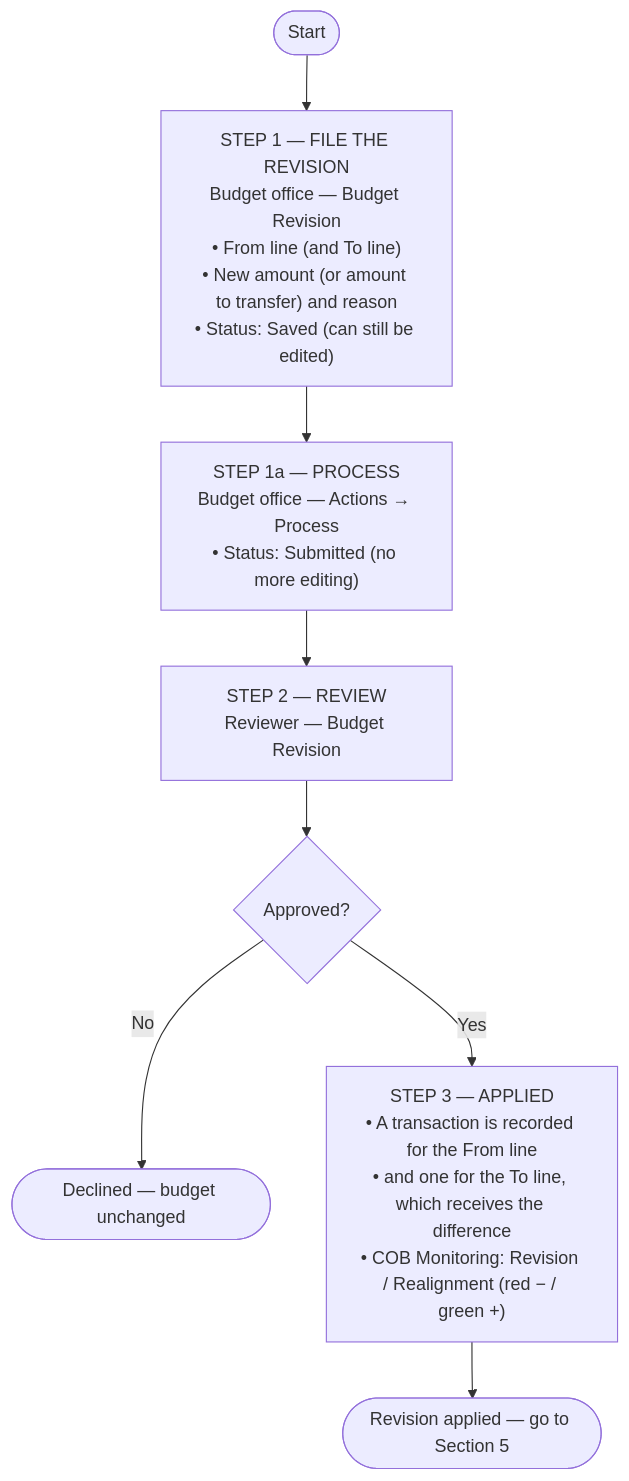
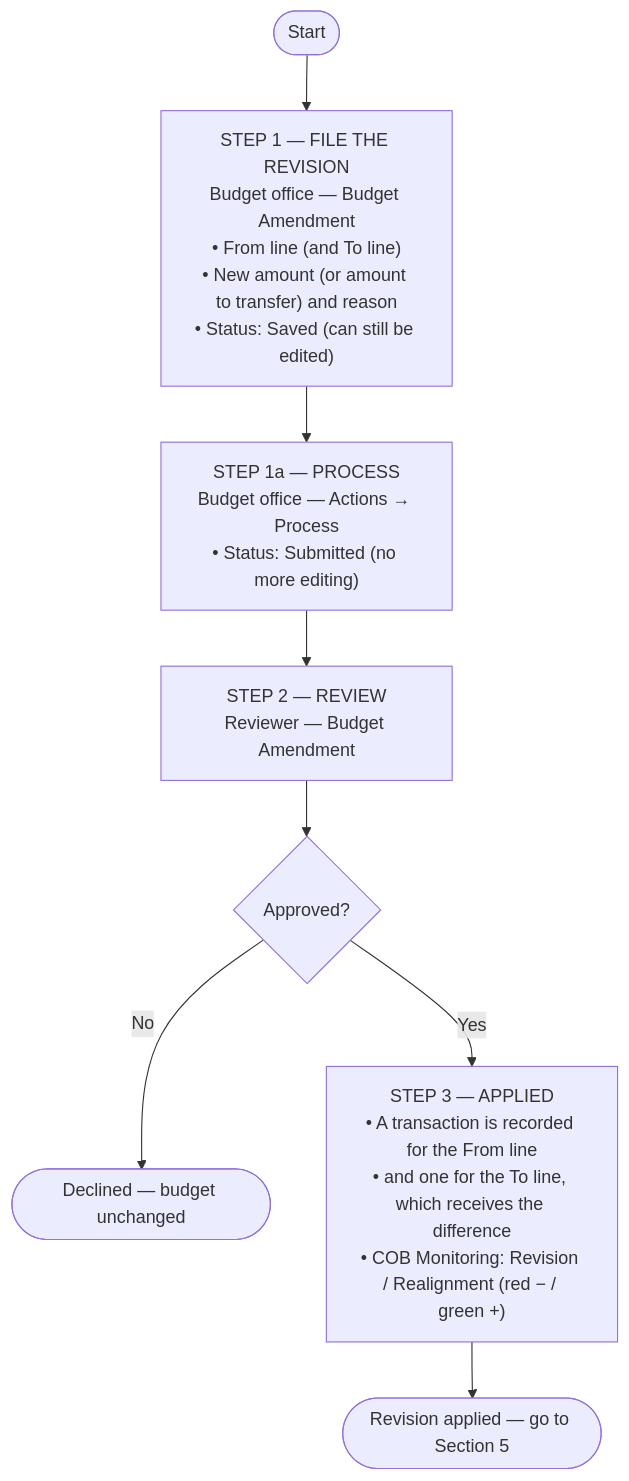
One commit to A-team-ITBS/fims-nha changed the fifth of 14 diagrams in system_docs/process-flow/PROCESS-FLOW.md. Above: the diagram before and after it, drawn with Mermaid. The commit also changed other lines of this file and 14 other files, not shown here.

````diff
--- a/system_docs/process-flow/PROCESS-FLOW.md
+++ b/system_docs/process-flow/PROCESS-FLOW.md
@@ -200,10 +201,10 @@
 ```mermaid
 flowchart TD
-    START(["Start"]) --> S1["STEP 1 — FILE THE REVISION<br/>Budget office — Budget Revision<br/>• From line (and To line)<br/>• New amount (or amount to transfer) and reason<br/>• Status: Saved (can still be edited)"]
+    START(["Start"]) --> S1["STEP 1 — FILE THE REVISION<br/>Budget office — Budget Amendment<br/>• From line (and To line)<br/>• New amount (or amount to transfer) and reason<br/>• Status: Saved (can still be edited)"]
     S1 --> SP["STEP 1a — PROCESS<br/>Budget office — Actions → Process<br/>• Status: Submitted (no more editing)"]
-    SP --> S2["STEP 2 — REVIEW<br/>Reviewer — Budget Revision"]
+    SP --> S2["STEP 2 — REVIEW<br/>Reviewer — Budget Amendment"]
     S2 --> D1{"Approved?"}
     D1 -->|"No"| X(["Declined — budget unchanged"])
     D1 -->|"Yes"| S3["STEP 3 — APPLIED<br/>• A transaction is recorded for the From line<br/>• and one for the To line, which receives the difference<br/>• COB Monitoring: Revision / Realignment (red − / green +)"]
     S3 --> END(["Revision applied — go to Section 5"])
 ```
````
